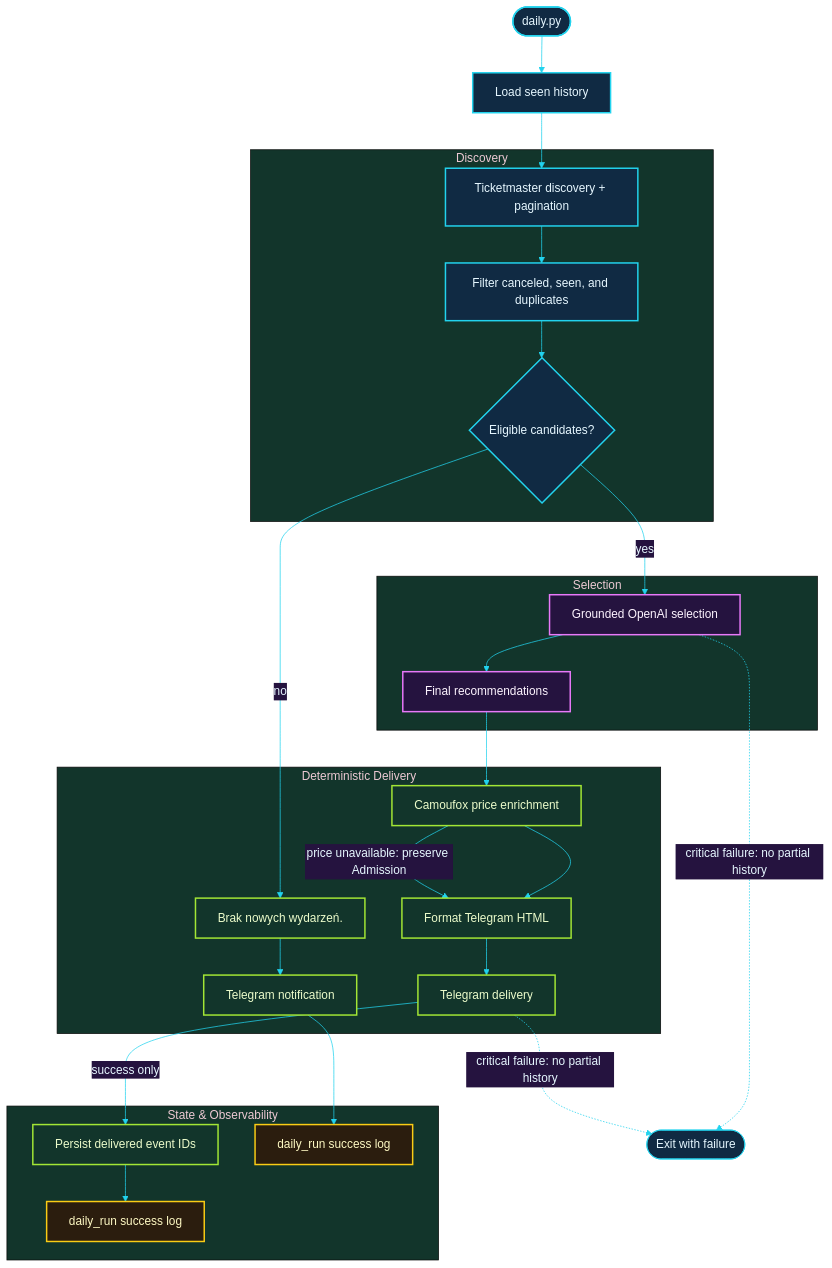
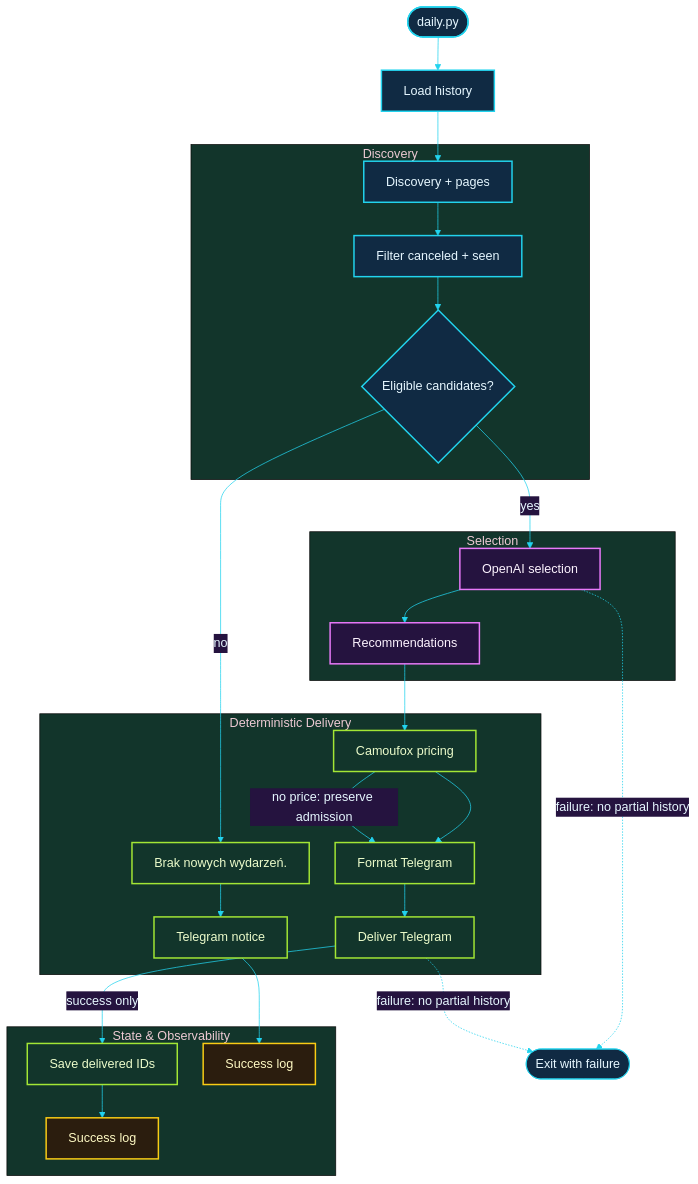
The second of 3 diagrams in docs/architecture.md (michalmarczuk/event-agent), drawn with Mermaid before and after one commit. The commit also changed other lines of this file and 3 other files, not shown here.

Commit message:
Improve Mermaid diagram readability across documentation

````diff
--- a/docs/architecture.md
+++ b/docs/architecture.md
@@ -90,45 +90,45 @@
 ```mermaid
-%%{init: {'theme': 'base', 'themeVariables': {'background': '#07111f', 'primaryColor': '#102a43', 'primaryTextColor': '#e6f7ff', 'primaryBorderColor': '#22d3ee', 'secondaryColor': '#25133f', 'tertiaryColor': '#12352b', 'lineColor': '#22d3ee', 'fontFamily': 'ui-sans-serif, system-ui'}}}%%
+%%{init: {'theme': 'base', 'themeVariables': {'background': '#07111f', 'primaryColor': '#102a43', 'primaryTextColor': '#e6f7ff', 'primaryBorderColor': '#22d3ee', 'secondaryColor': '#25133f', 'tertiaryColor': '#12352b', 'lineColor': '#22d3ee', 'fontFamily': 'ui-sans-serif, system-ui', 'fontSize': '17px'}, 'flowchart': {'nodeSpacing': 35, 'rankSpacing': 45}}}%%
 flowchart TB
-    start(["daily.py"]) --> load["Load seen history"]
+    start(["daily.py"]) --> load["Load history"]
 
     subgraph discovery["Discovery"]
-        search["Ticketmaster discovery + pagination"] --> filter["Filter canceled, seen, and duplicates"]
+        search["Discovery + pages"] --> filter["Filter canceled + seen"]
         filter --> eligible{"Eligible candidates?"}
     end
 
     subgraph selection["Selection"]
-        agent["Grounded OpenAI selection"] --> recommendations["Final recommendations"]
+        agent["OpenAI selection"] --> recommendations["Recommendations"]
     end
 
     subgraph delivery["Deterministic Delivery"]
-        enrich["Camoufox price enrichment"] --> format["Format Telegram HTML"] --> send["Telegram delivery"]
-        no_events["Brak nowych wydarzeń."] --> no_events_send["Telegram notification"]
+        enrich["Camoufox pricing"] --> format["Format Telegram"] --> send["Deliver Telegram"]
+        no_events["Brak nowych wydarzeń."] --> no_events_send["Telegram notice"]
     end
 
     subgraph state["State & Observability"]
-        persist["Persist delivered event IDs"]
-        success["daily_run success log"]
-        no_events_success["daily_run success log"]
+        persist["Save delivered IDs"]
+        success["Success log"]
+        no_events_success["Success log"]
     end
 
     load --> search
     eligible -->|"yes"| agent
     eligible -->|"no"| no_events
     recommendations --> enrich
-    enrich -->|"price unavailable: preserve Admission"| format
+    enrich -->|"no price: preserve admission"| format
     send -->|"success only"| persist --> success
     no_events_send --> no_events_success
 
-    agent -. "critical failure: no partial history" .-> stop(["Exit with failure"])
-    send -. "critical failure: no partial history" .-> stop
+    agent -. "failure: no partial history" .-> stop(["Exit with failure"])
+    send -. "failure: no partial history" .-> stop
 
     classDef external fill:#102a43,stroke:#22d3ee,color:#e6f7ff,stroke-width:2px;
     classDef ai fill:#25133f,stroke:#e879f9,color:#fdf4ff,stroke-width:2px;
     classDef deterministic fill:#12352b,stroke:#a3e635,color:#ecfccb,stroke-width:2px;
     classDef observability fill:#2b1d0e,stroke:#facc15,color:#fef9c3,stroke-width:2px;
     class start,load,search,filter,eligible external;
     class agent,recommendations ai;
     class enrich,format,send,no_events,no_events_send,persist deterministic;
     class success,no_events_success observability;
 ```
````
